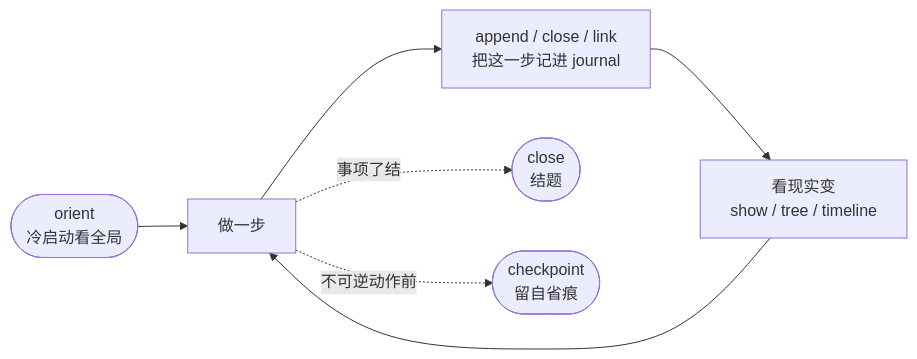
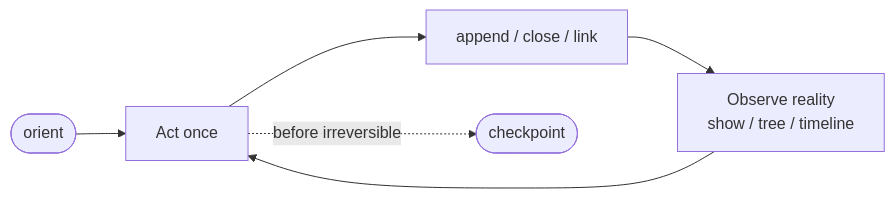
The first of 2 diagrams in README.md (GodOnlyKn0w/mnema), drawn with Mermaid before and after one commit. The commit also changed other lines of this file and 9 other files, not shown here.

````diff
--- a/README.md
+++ b/README.md
@@ -31,9 +65,8 @@
 ```mermaid
 flowchart LR
-    A([orient<br/>冷启动看全局]) --> B[做一步]
-    B --> C[append / close / link<br/>把这一步记进 journal]
-    C --> D[看现实变<br/>show / tree / timeline]
+    A([orient]) --> B[Act once]
+    B --> C[append / close / link]
+    C --> D[Observe reality<br/>show / tree / timeline]
     D --> B
-    B -.事项了结.-> E([close<br/>结题])
-    B -.不可逆动作前.-> F([checkpoint<br/>留自省痕])
+    B -. before irreversible .-> E([checkpoint])
 ```
````
